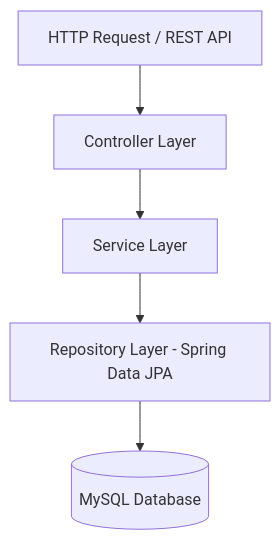
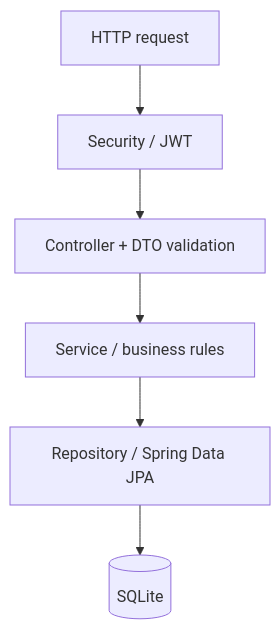
One commit to FlowBoat123/KTPM-BTL changed the second of 2 diagrams in README.md. Above: the diagram before and after it, drawn with Mermaid. The commit also changed other lines of this file and 50 other files, not shown here.

Commit message:
feat: implement layered dental clinic backend with SQLite and JWT

````diff
--- a/README.md
+++ b/README.md
@@ -48,7 +215,8 @@
 ```mermaid
 flowchart TD
-    A[HTTP Request / REST API] --> B[Controller Layer]
-    B --> C[Service Layer]
-    C --> D[Repository Layer - Spring Data JPA]
-    D --> E[(MySQL Database)]
+    A[HTTP request] --> B[Security / JWT]
+    B --> C[Controller + DTO validation]
+    C --> D[Service / business rules]
+    D --> E[Repository / Spring Data JPA]
+    E --> F[(SQLite)]
 ```
````
